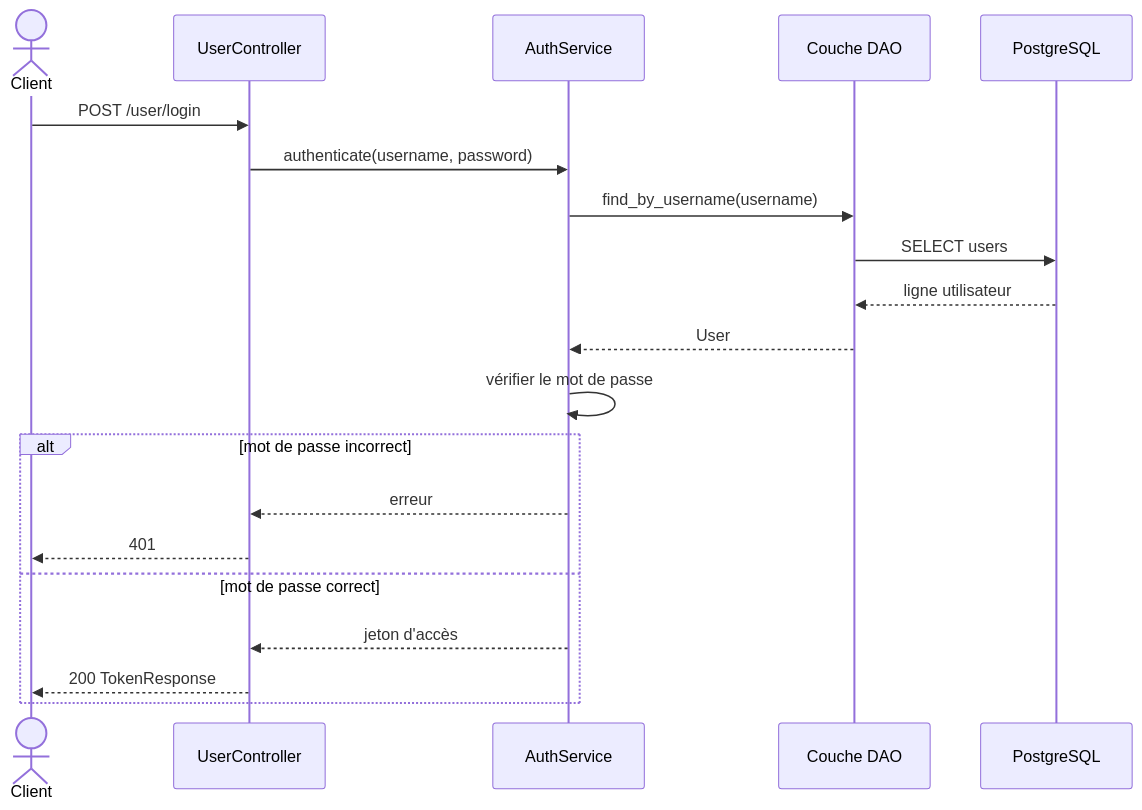
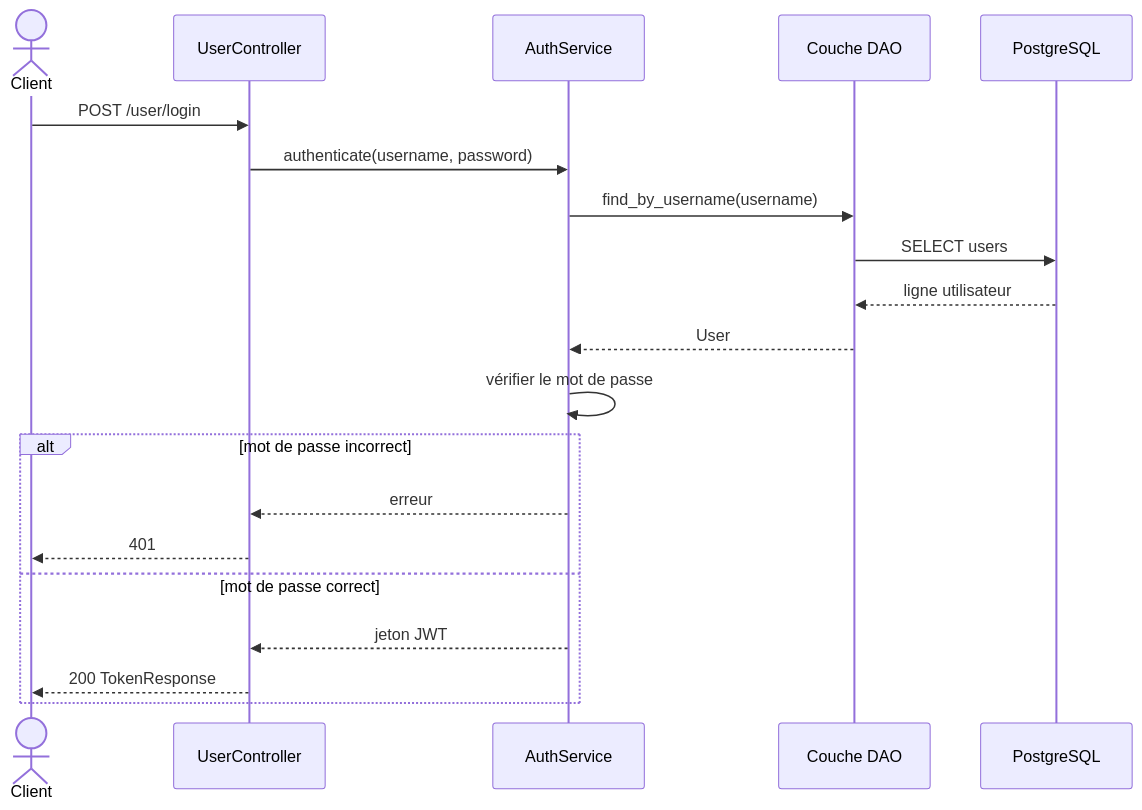
One commit to gabriel-dahan/ensai-it-project-2a-team12 changed the seventh of 16 diagrams in doc/new_diagram.md. Above: the diagram before and after it, drawn with Mermaid. The commit also changed other lines of this file and 54 other files, not shown here.

First line of the commit message:
Implement DJU API according to new_diagram.md

````diff
--- a/doc/new_diagram.md
+++ b/doc/new_diagram.md
@@ -591,23 +573,23 @@
 ```mermaid
 sequenceDiagram
     actor Client
     participant Ctrl as UserController
     participant AS as AuthService
     participant DAO as Couche DAO
     participant DB as PostgreSQL
 
     Client->>Ctrl: POST /user/login
     Ctrl->>AS: authenticate(username, password)
     AS->>DAO: find_by_username(username)
     DAO->>DB: SELECT users
     DB-->>DAO: ligne utilisateur
     DAO-->>AS: User
     AS->>AS: vérifier le mot de passe
     alt mot de passe incorrect
         AS-->>Ctrl: erreur
         Ctrl-->>Client: 401
     else mot de passe correct
-        AS-->>Ctrl: jeton d'accès
+        AS-->>Ctrl: jeton JWT
         Ctrl-->>Client: 200 TokenResponse
     end
 ```
````
